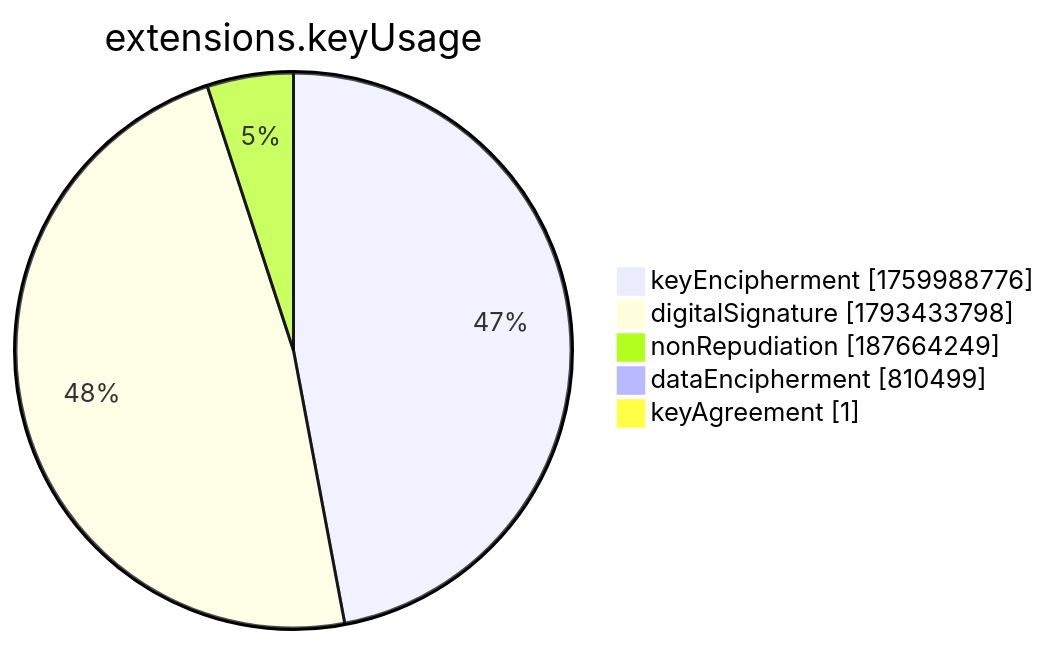
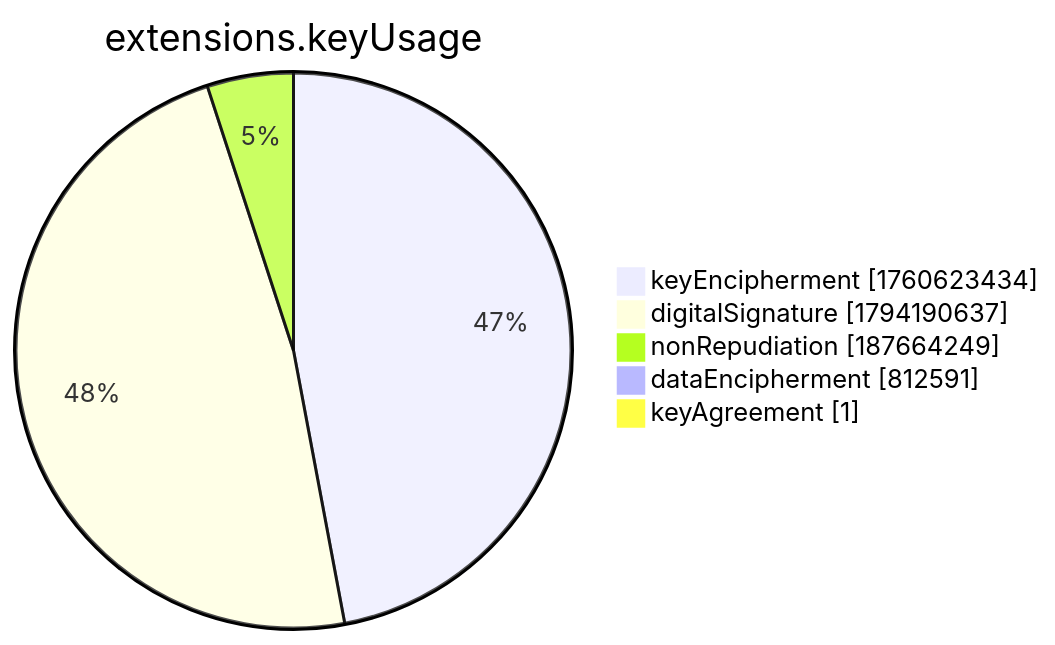
Before and after one commit to christiankrug/ctmonitor_visualization: the seventh of 15 diagrams in xenon2022/README.md, drawn with Mermaid. The commit also changed other lines of this file, not shown here.

````diff
--- a/xenon2022/README.md
+++ b/xenon2022/README.md
@@ -2859,9 +2859,9 @@
 ```mermaid
 pie showData
 title extensions.keyUsage
-"keyEncipherment" :1759988776
-"digitalSignature" :1793433798
+"keyEncipherment" :1760623434
+"digitalSignature" :1794190637
 "nonRepudiation" :187664249
-"dataEncipherment" :810499
+"dataEncipherment" :812591
 "keyAgreement" :1
 ```
````
